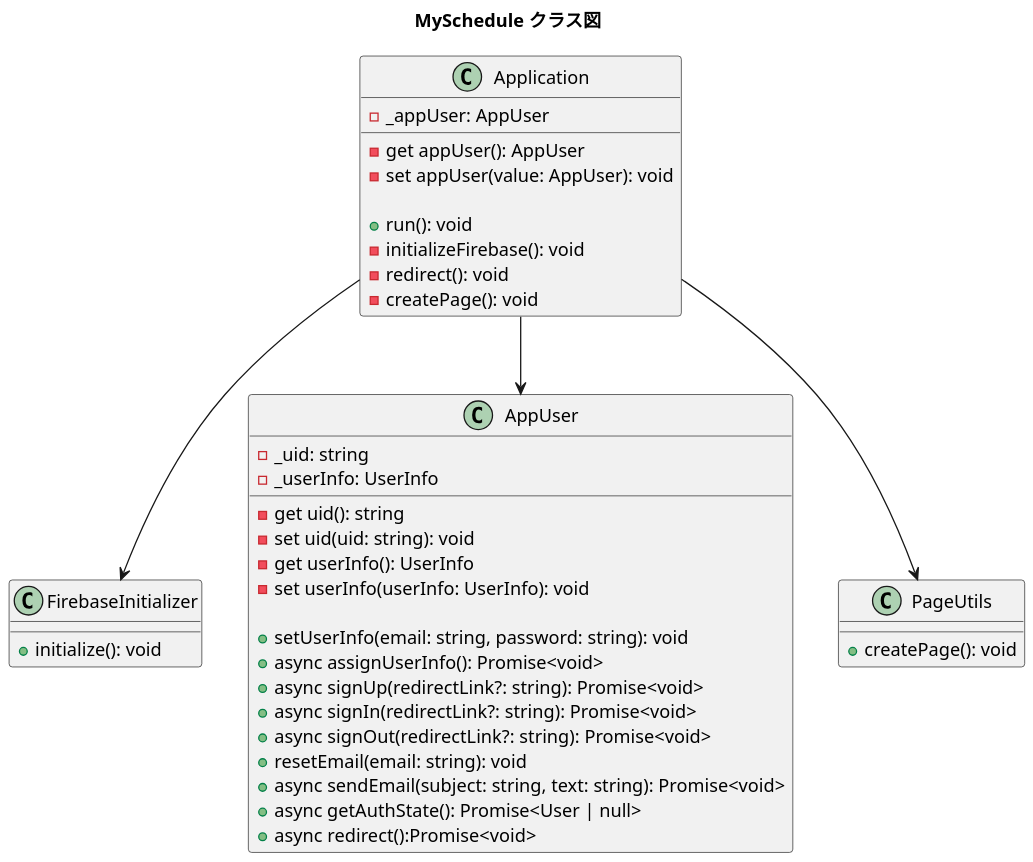
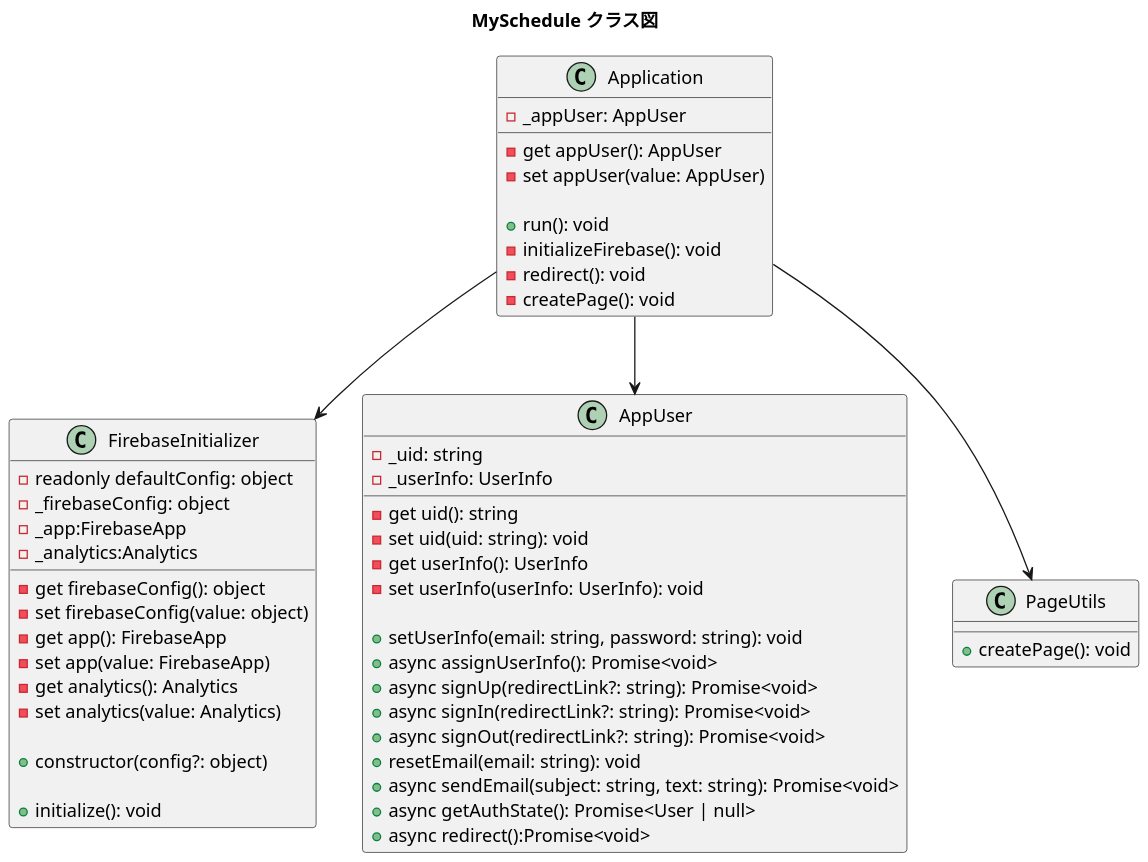
The diagram in classUML.pu (CA01971172/MySchedule), drawn with PlantUML before and after one commit.

Commit message:
write FirebaseInitializer class

```diff
--- a/classUML.pu
+++ b/classUML.pu
@@ -1,49 +1,63 @@
 @startuml MySchedule
 title MySchedule クラス図
 skinparam dpi 150
 
 class Application {
   - _appUser: AppUser
 
   - get appUser(): AppUser
-  - set appUser(value: AppUser): void
+  - set appUser(value: AppUser)
 
   + run(): void
   - initializeFirebase(): void
   - redirect(): void
   - createPage(): void
 }
 
 class FirebaseInitializer {
+  - readonly defaultConfig: object
+  - _firebaseConfig: object
+  - _app:FirebaseApp
+  - _analytics:Analytics
+
+  - get firebaseConfig(): object
+  - set firebaseConfig(value: object)
+  - get app(): FirebaseApp
+  - set app(value: FirebaseApp)
+  - get analytics(): Analytics
+  - set analytics(value: Analytics)
+
+  + constructor(config?: object)
+
   + initialize(): void
 }
 
 class AppUser {
     - _uid: string
     - _userInfo: UserInfo
 
     - get uid(): string
     - set uid(uid: string): void
     - get userInfo(): UserInfo
     - set userInfo(userInfo: UserInfo): void
 
     + setUserInfo(email: string, password: string): void
     + async assignUserInfo(): Promise<void>
     + async signUp(redirectLink?: string): Promise<void>
     + async signIn(redirectLink?: string): Promise<void>
     + async signOut(redirectLink?: string): Promise<void>
     + resetEmail(email: string): void
     + async sendEmail(subject: string, text: string): Promise<void>
     + async getAuthState(): Promise<User | null>
     + async redirect():Promise<void>
 }
 
 class PageUtils {
   + createPage(): void
 }
 
 Application --> FirebaseInitializer
 Application --> AppUser
 Application --> PageUtils
 
 @enduml
```
